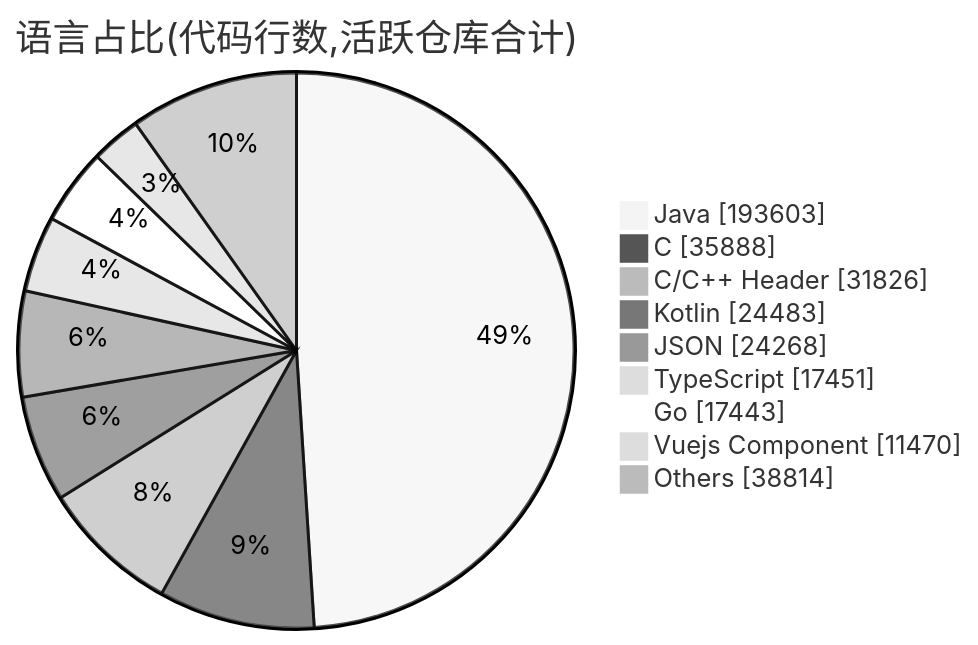
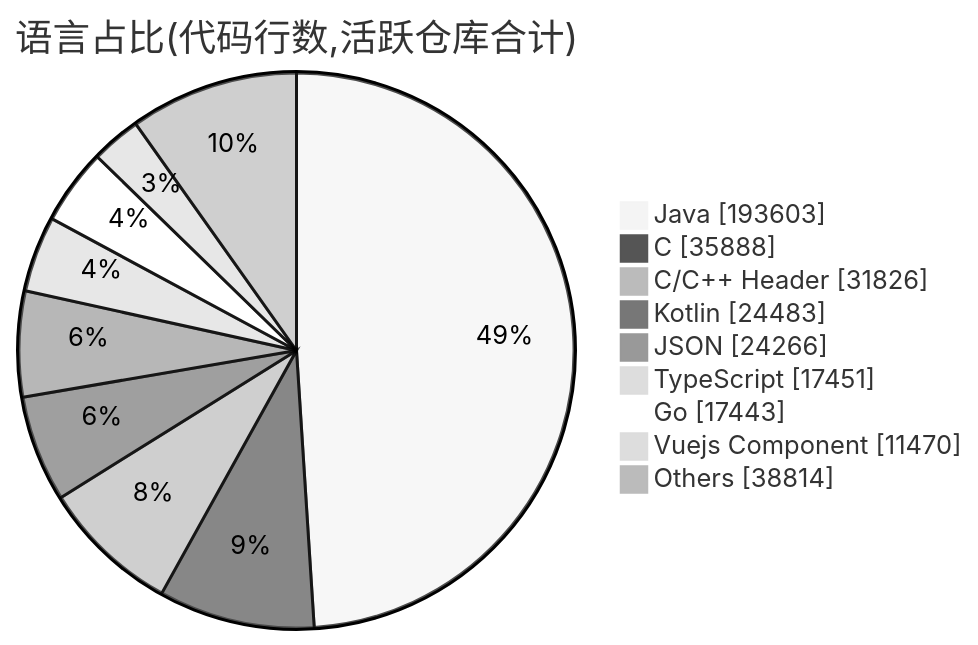
One commit to Conflux-Union/.github changed the second of 2 diagrams in profile/README.md. Above: the diagram before and after it, drawn with Mermaid (neutral theme). The commit also changed other lines of this file and 1 other file, not shown here.

````diff
--- a/profile/README.md
+++ b/profile/README.md
@@ -82,13 +82,13 @@
 ```mermaid
 pie showData
     title 语言占比(代码行数,活跃仓库合计)
     "Java" : 193603
     "C" : 35888
     "C/C++ Header" : 31826
     "Kotlin" : 24483
-    "JSON" : 24268
+    "JSON" : 24266
     "TypeScript" : 17451
     "Go" : 17443
     "Vuejs Component" : 11470
     "Others" : 38814
 ```
````
